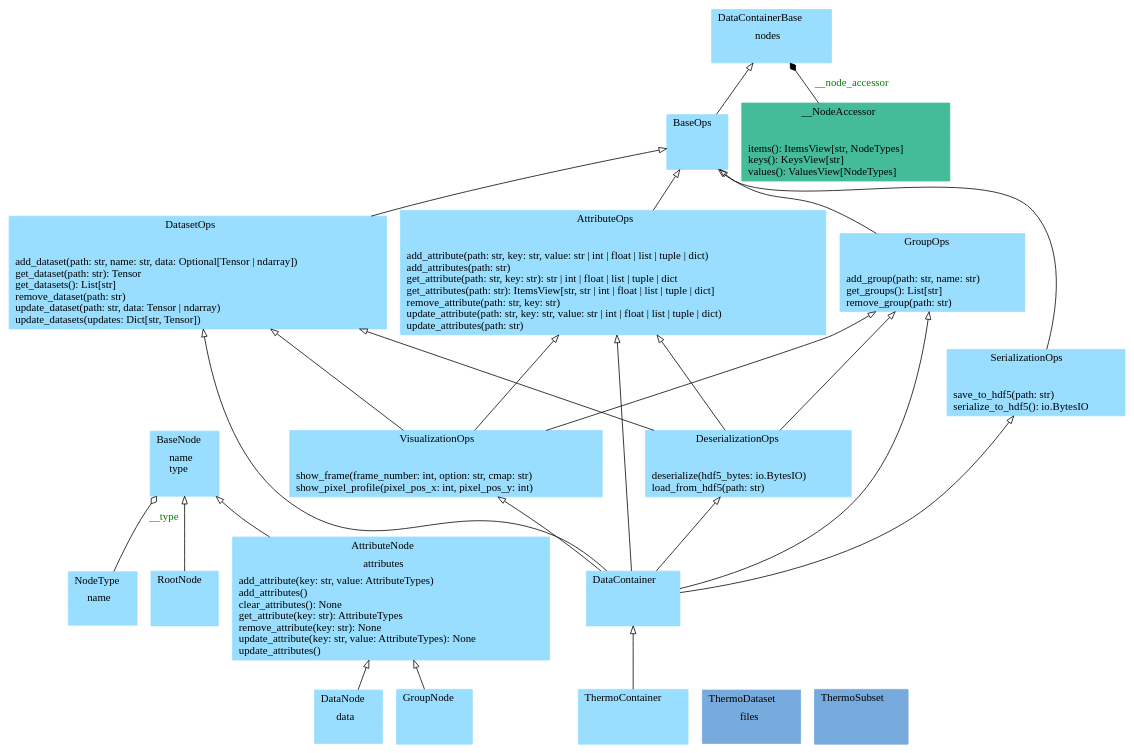
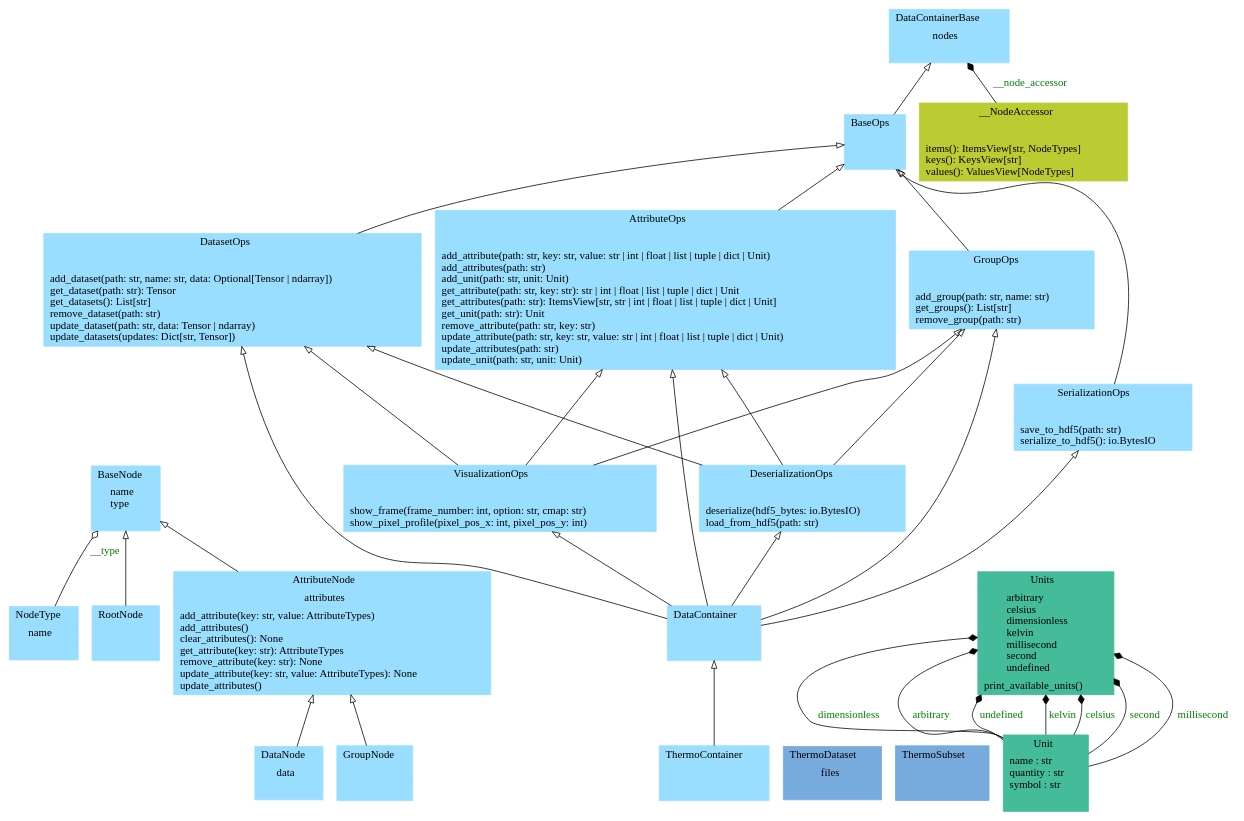
One commit to voidsy-gmbh/pyThermoNDT changed the diagram in docs/pyreverse/classes_pythermondt.data.gv. Above: the diagram before and after it, drawn with Graphviz. The commit also changed 34 other files, not shown here.

First line of the commit message:
Breaking Change: Update container format to also include Units (#8)

```diff
--- a/docs/pyreverse/classes_pythermondt.data.gv
+++ b/docs/pyreverse/classes_pythermondt.data.gv
@@ -1,47 +1,56 @@
 digraph "classes_pythermondt.data" {
 rankdir=BT
 charset="utf-8"
 "pythermondt.data.datacontainer.node.AttributeNode" [color="#99DDFF", fontcolor="black", label=<{AttributeNode|attributes<br ALIGN="LEFT"/>|add_attribute(key: str, value: AttributeTypes)<br ALIGN="LEFT"/>add_attributes()<br ALIGN="LEFT"/>clear_attributes(): None<br ALIGN="LEFT"/>get_attribute(key: str): AttributeTypes<br ALIGN="LEFT"/>remove_attribute(key: str): None<br ALIGN="LEFT"/>update_attribute(key: str, value: AttributeTypes): None<br ALIGN="LEFT"/>update_attributes()<br ALIGN="LEFT"/>}>, shape="record", style="filled"];
-"pythermondt.data.datacontainer.attribute_ops.AttributeOps" [color="#99DDFF", fontcolor="black", label=<{AttributeOps|<br ALIGN="LEFT"/>|add_attribute(path: str, key: str, value: str \| int \| float \| list \| tuple \| dict)<br ALIGN="LEFT"/>add_attributes(path: str)<br ALIGN="LEFT"/>get_attribute(path: str, key: str): str \| int \| float \| list \| tuple \| dict<br ALIGN="LEFT"/>get_attributes(path: str): ItemsView[str, str \| int \| float \| list \| tuple \| dict]<br ALIGN="LEFT"/>remove_attribute(path: str, key: str)<br ALIGN="LEFT"/>update_attribute(path: str, key: str, value: str \| int \| float \| list \| tuple \| dict)<br ALIGN="LEFT"/>update_attributes(path: str)<br ALIGN="LEFT"/>}>, shape="record", style="filled"];
+"pythermondt.data.datacontainer.attribute_ops.AttributeOps" [color="#99DDFF", fontcolor="black", label=<{AttributeOps|<br ALIGN="LEFT"/>|add_attribute(path: str, key: str, value: str \| int \| float \| list \| tuple \| dict \| Unit)<br ALIGN="LEFT"/>add_attributes(path: str)<br ALIGN="LEFT"/>add_unit(path: str, unit: Unit)<br ALIGN="LEFT"/>get_attribute(path: str, key: str): str \| int \| float \| list \| tuple \| dict \| Unit<br ALIGN="LEFT"/>get_attributes(path: str): ItemsView[str, str \| int \| float \| list \| tuple \| dict \| Unit]<br ALIGN="LEFT"/>get_unit(path: str): Unit<br ALIGN="LEFT"/>remove_attribute(path: str, key: str)<br ALIGN="LEFT"/>update_attribute(path: str, key: str, value: str \| int \| float \| list \| tuple \| dict \| Unit)<br ALIGN="LEFT"/>update_attributes(path: str)<br ALIGN="LEFT"/>update_unit(path: str, unit: Unit)<br ALIGN="LEFT"/>}>, shape="record", style="filled"];
 "pythermondt.data.datacontainer.node.BaseNode" [color="#99DDFF", fontcolor="black", label=<{BaseNode|name<br ALIGN="LEFT"/>type<br ALIGN="LEFT"/>|}>, shape="record", style="filled"];
 "pythermondt.data.datacontainer.base.BaseOps" [color="#99DDFF", fontcolor="black", label=<{BaseOps|<br ALIGN="LEFT"/>|}>, shape="record", style="filled"];
 "pythermondt.data.datacontainer.core.DataContainer" [color="#99DDFF", fontcolor="black", label=<{DataContainer|<br ALIGN="LEFT"/>|}>, shape="record", style="filled"];
 "pythermondt.data.datacontainer.base.DataContainerBase" [color="#99DDFF", fontcolor="black", label=<{DataContainerBase|nodes<br ALIGN="LEFT"/>|}>, shape="record", style="filled"];
 "pythermondt.data.datacontainer.node.DataNode" [color="#99DDFF", fontcolor="black", label=<{DataNode|data<br ALIGN="LEFT"/>|}>, shape="record", style="filled"];
 "pythermondt.data.datacontainer.dataset_ops.DatasetOps" [color="#99DDFF", fontcolor="black", label=<{DatasetOps|<br ALIGN="LEFT"/>|add_dataset(path: str, name: str, data: Optional[Tensor \| ndarray])<br ALIGN="LEFT"/>get_dataset(path: str): Tensor<br ALIGN="LEFT"/>get_datasets(): List[str]<br ALIGN="LEFT"/>remove_dataset(path: str)<br ALIGN="LEFT"/>update_dataset(path: str, data: Tensor \| ndarray)<br ALIGN="LEFT"/>update_datasets(updates: Dict[str, Tensor])<br ALIGN="LEFT"/>}>, shape="record", style="filled"];
 "pythermondt.data.datacontainer.serialization_ops.DeserializationOps" [color="#99DDFF", fontcolor="black", label=<{DeserializationOps|<br ALIGN="LEFT"/>|deserialize(hdf5_bytes: io.BytesIO)<br ALIGN="LEFT"/>load_from_hdf5(path: str)<br ALIGN="LEFT"/>}>, shape="record", style="filled"];
 "pythermondt.data.datacontainer.node.GroupNode" [color="#99DDFF", fontcolor="black", label=<{GroupNode|<br ALIGN="LEFT"/>|}>, shape="record", style="filled"];
 "pythermondt.data.datacontainer.group_ops.GroupOps" [color="#99DDFF", fontcolor="black", label=<{GroupOps|<br ALIGN="LEFT"/>|add_group(path: str, name: str)<br ALIGN="LEFT"/>get_groups(): List[str]<br ALIGN="LEFT"/>remove_group(path: str)<br ALIGN="LEFT"/>}>, shape="record", style="filled"];
 "pythermondt.data.datacontainer.node.NodeType" [color="#99DDFF", fontcolor="black", label=<{NodeType|name<br ALIGN="LEFT"/>|}>, shape="record", style="filled"];
 "pythermondt.data.datacontainer.node.RootNode" [color="#99DDFF", fontcolor="black", label=<{RootNode|<br ALIGN="LEFT"/>|}>, shape="record", style="filled"];
 "pythermondt.data.datacontainer.serialization_ops.SerializationOps" [color="#99DDFF", fontcolor="black", label=<{SerializationOps|<br ALIGN="LEFT"/>|save_to_hdf5(path: str)<br ALIGN="LEFT"/>serialize_to_hdf5(): io.BytesIO<br ALIGN="LEFT"/>}>, shape="record", style="filled"];
 "pythermondt.data.datacontainer.core.ThermoContainer" [color="#99DDFF", fontcolor="black", label=<{ThermoContainer|<br ALIGN="LEFT"/>|}>, shape="record", style="filled"];
 "pythermondt.data.thermo_dataset.ThermoDataset" [color="#77AADD", fontcolor="black", label=<{ThermoDataset|files<br ALIGN="LEFT"/>|}>, shape="record", style="filled"];
 "pythermondt.data.thermo_subset.ThermoSubset" [color="#77AADD", fontcolor="black", label=<{ThermoSubset|<br ALIGN="LEFT"/>|}>, shape="record", style="filled"];
+"pythermondt.data.units._unit.Unit" [color="#44BB99", fontcolor="black", label=<{Unit|name : str<br ALIGN="LEFT"/>quantity : str<br ALIGN="LEFT"/>symbol : str<br ALIGN="LEFT"/>|}>, shape="record", style="filled"];
+"pythermondt.data.units.units.Units" [color="#44BB99", fontcolor="black", label=<{Units|arbitrary<br ALIGN="LEFT"/>celsius<br ALIGN="LEFT"/>dimensionless<br ALIGN="LEFT"/>kelvin<br ALIGN="LEFT"/>millisecond<br ALIGN="LEFT"/>second<br ALIGN="LEFT"/>undefined<br ALIGN="LEFT"/>|print_available_units()<br ALIGN="LEFT"/>}>, shape="record", style="filled"];
 "pythermondt.data.datacontainer.visualization_ops.VisualizationOps" [color="#99DDFF", fontcolor="black", label=<{VisualizationOps|<br ALIGN="LEFT"/>|show_frame(frame_number: int, option: str, cmap: str)<br ALIGN="LEFT"/>show_pixel_profile(pixel_pos_x: int, pixel_pos_y: int)<br ALIGN="LEFT"/>}>, shape="record", style="filled"];
-"pythermondt.data.datacontainer.base.DataContainerBase.__NodeAccessor" [color="#44BB99", fontcolor="black", label=<{__NodeAccessor|<br ALIGN="LEFT"/>|items(): ItemsView[str, NodeTypes]<br ALIGN="LEFT"/>keys(): KeysView[str]<br ALIGN="LEFT"/>values(): ValuesView[NodeTypes]<br ALIGN="LEFT"/>}>, shape="record", style="filled"];
+"pythermondt.data.datacontainer.base.DataContainerBase.__NodeAccessor" [color="#BBCC33", fontcolor="black", label=<{__NodeAccessor|<br ALIGN="LEFT"/>|items(): ItemsView[str, NodeTypes]<br ALIGN="LEFT"/>keys(): KeysView[str]<br ALIGN="LEFT"/>values(): ValuesView[NodeTypes]<br ALIGN="LEFT"/>}>, shape="record", style="filled"];
 "pythermondt.data.datacontainer.attribute_ops.AttributeOps" -> "pythermondt.data.datacontainer.base.BaseOps" [arrowhead="empty", arrowtail="none"];
 "pythermondt.data.datacontainer.base.BaseOps" -> "pythermondt.data.datacontainer.base.DataContainerBase" [arrowhead="empty", arrowtail="none"];
 "pythermondt.data.datacontainer.core.DataContainer" -> "pythermondt.data.datacontainer.attribute_ops.AttributeOps" [arrowhead="empty", arrowtail="none"];
 "pythermondt.data.datacontainer.core.DataContainer" -> "pythermondt.data.datacontainer.dataset_ops.DatasetOps" [arrowhead="empty", arrowtail="none"];
 "pythermondt.data.datacontainer.core.DataContainer" -> "pythermondt.data.datacontainer.group_ops.GroupOps" [arrowhead="empty", arrowtail="none"];
 "pythermondt.data.datacontainer.core.DataContainer" -> "pythermondt.data.datacontainer.serialization_ops.DeserializationOps" [arrowhead="empty", arrowtail="none"];
 "pythermondt.data.datacontainer.core.DataContainer" -> "pythermondt.data.datacontainer.serialization_ops.SerializationOps" [arrowhead="empty", arrowtail="none"];
 "pythermondt.data.datacontainer.core.DataContainer" -> "pythermondt.data.datacontainer.visualization_ops.VisualizationOps" [arrowhead="empty", arrowtail="none"];
 "pythermondt.data.datacontainer.core.ThermoContainer" -> "pythermondt.data.datacontainer.core.DataContainer" [arrowhead="empty", arrowtail="none"];
 "pythermondt.data.datacontainer.dataset_ops.DatasetOps" -> "pythermondt.data.datacontainer.base.BaseOps" [arrowhead="empty", arrowtail="none"];
 "pythermondt.data.datacontainer.group_ops.GroupOps" -> "pythermondt.data.datacontainer.base.BaseOps" [arrowhead="empty", arrowtail="none"];
 "pythermondt.data.datacontainer.node.AttributeNode" -> "pythermondt.data.datacontainer.node.BaseNode" [arrowhead="empty", arrowtail="none"];
 "pythermondt.data.datacontainer.node.DataNode" -> "pythermondt.data.datacontainer.node.AttributeNode" [arrowhead="empty", arrowtail="none"];
 "pythermondt.data.datacontainer.node.GroupNode" -> "pythermondt.data.datacontainer.node.AttributeNode" [arrowhead="empty", arrowtail="none"];
 "pythermondt.data.datacontainer.node.RootNode" -> "pythermondt.data.datacontainer.node.BaseNode" [arrowhead="empty", arrowtail="none"];
 "pythermondt.data.datacontainer.serialization_ops.DeserializationOps" -> "pythermondt.data.datacontainer.attribute_ops.AttributeOps" [arrowhead="empty", arrowtail="none"];
 "pythermondt.data.datacontainer.serialization_ops.DeserializationOps" -> "pythermondt.data.datacontainer.dataset_ops.DatasetOps" [arrowhead="empty", arrowtail="none"];
 "pythermondt.data.datacontainer.serialization_ops.DeserializationOps" -> "pythermondt.data.datacontainer.group_ops.GroupOps" [arrowhead="empty", arrowtail="none"];
 "pythermondt.data.datacontainer.serialization_ops.SerializationOps" -> "pythermondt.data.datacontainer.base.BaseOps" [arrowhead="empty", arrowtail="none"];
 "pythermondt.data.datacontainer.visualization_ops.VisualizationOps" -> "pythermondt.data.datacontainer.attribute_ops.AttributeOps" [arrowhead="empty", arrowtail="none"];
 "pythermondt.data.datacontainer.visualization_ops.VisualizationOps" -> "pythermondt.data.datacontainer.dataset_ops.DatasetOps" [arrowhead="empty", arrowtail="none"];
 "pythermondt.data.datacontainer.visualization_ops.VisualizationOps" -> "pythermondt.data.datacontainer.group_ops.GroupOps" [arrowhead="empty", arrowtail="none"];
 "pythermondt.data.datacontainer.base.DataContainerBase.__NodeAccessor" -> "pythermondt.data.datacontainer.base.DataContainerBase" [arrowhead="diamond", arrowtail="none", fontcolor="green", label="__node_accessor", style="solid"];
+"pythermondt.data.units._unit.Unit" -> "pythermondt.data.units.units.Units" [arrowhead="diamond", arrowtail="none", fontcolor="green", label="dimensionless", style="solid"];
+"pythermondt.data.units._unit.Unit" -> "pythermondt.data.units.units.Units" [arrowhead="diamond", arrowtail="none", fontcolor="green", label="arbitrary", style="solid"];
+"pythermondt.data.units._unit.Unit" -> "pythermondt.data.units.units.Units" [arrowhead="diamond", arrowtail="none", fontcolor="green", label="undefined", style="solid"];
+"pythermondt.data.units._unit.Unit" -> "pythermondt.data.units.units.Units" [arrowhead="diamond", arrowtail="none", fontcolor="green", label="kelvin", style="solid"];
+"pythermondt.data.units._unit.Unit" -> "pythermondt.data.units.units.Units" [arrowhead="diamond", arrowtail="none", fontcolor="green", label="celsius", style="solid"];
+"pythermondt.data.units._unit.Unit" -> "pythermondt.data.units.units.Units" [arrowhead="diamond", arrowtail="none", fontcolor="green", label="second", style="solid"];
+"pythermondt.data.units._unit.Unit" -> "pythermondt.data.units.units.Units" [arrowhead="diamond", arrowtail="none", fontcolor="green", label="millisecond", style="solid"];
 "pythermondt.data.datacontainer.node.NodeType" -> "pythermondt.data.datacontainer.node.BaseNode" [arrowhead="odiamond", arrowtail="none", fontcolor="green", label="__type", style="solid"];
 }
```
